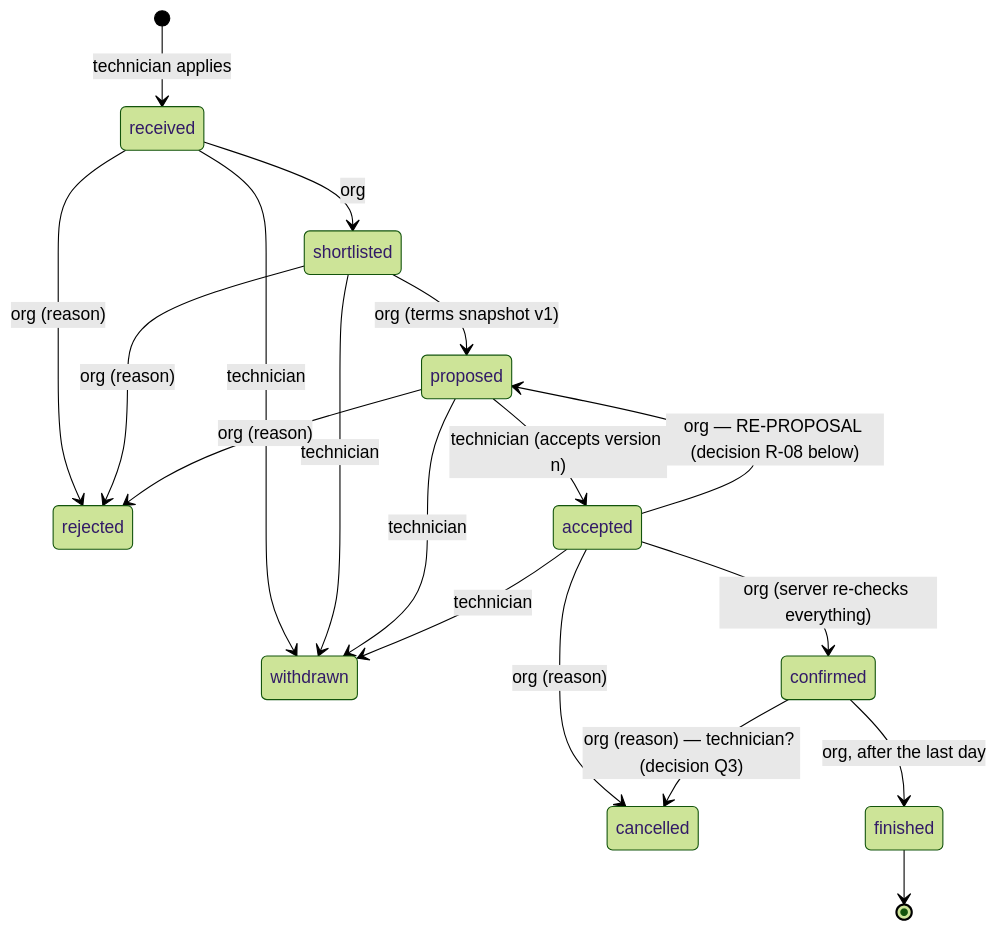
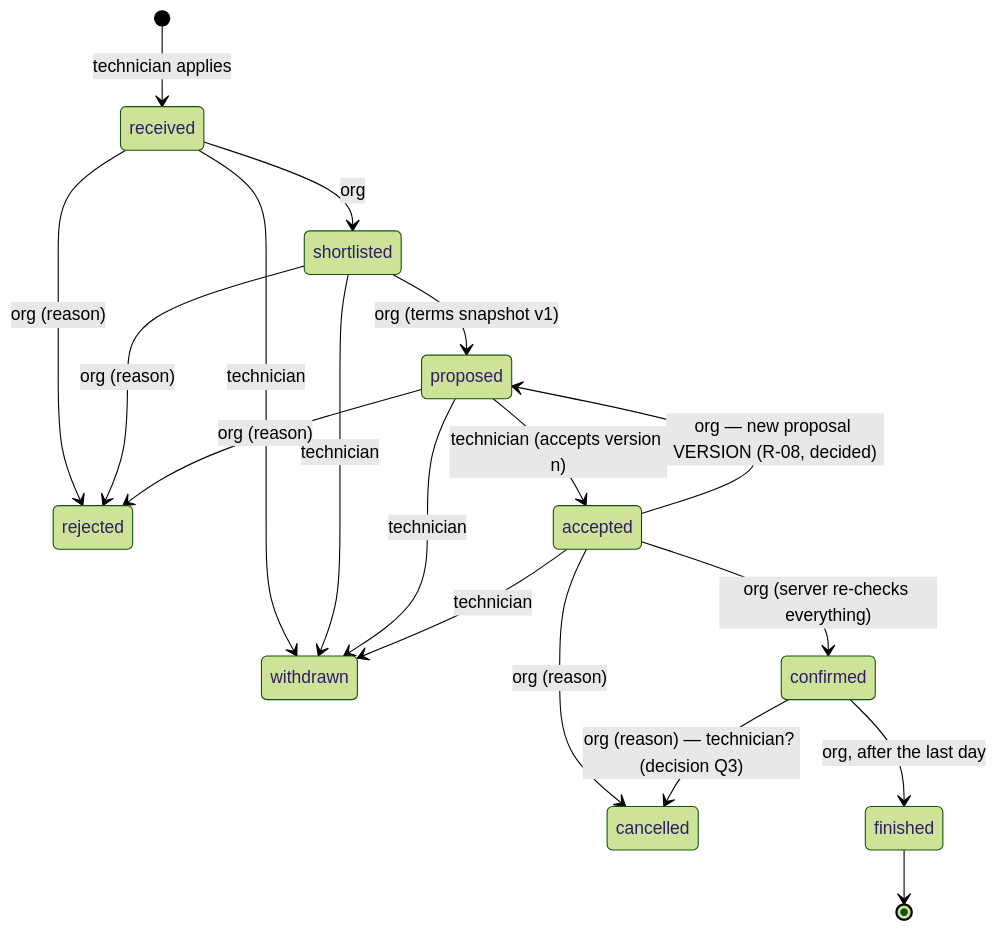
Before and after one commit to paura432/Crew_Flex: the diagram in docs/product/APPLICATIONS_STATE_MACHINE.md, drawn with Mermaid (forest theme). The commit also changed other lines of this file and 5 other files, not shown here.

````diff
--- a/docs/product/APPLICATIONS_STATE_MACHINE.md
+++ b/docs/product/APPLICATIONS_STATE_MACHINE.md
@@ -26,20 +26,20 @@
 ```mermaid
 stateDiagram-v2
   [*] --> received: technician applies
   received --> shortlisted: org
   received --> rejected: org (reason)
   received --> withdrawn: technician
   shortlisted --> proposed: org (terms snapshot v1)
   shortlisted --> rejected: org (reason)
   shortlisted --> withdrawn: technician
   proposed --> accepted: technician (accepts version n)
   proposed --> rejected: org (reason)
   proposed --> withdrawn: technician
-  accepted --> proposed: org — RE-PROPOSAL (decision R-08 below)
+  accepted --> proposed: org — new proposal VERSION (R-08, decided)
   accepted --> confirmed: org (server re-checks everything)
   accepted --> withdrawn: technician
   accepted --> cancelled: org (reason)
   confirmed --> finished: org, after the last day
   confirmed --> cancelled: org (reason) — technician? (decision Q3)
   finished --> [*]
 ```
````
